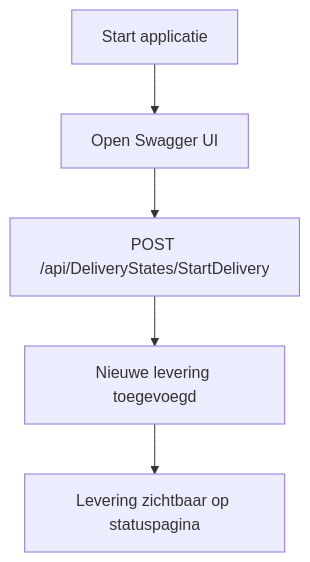
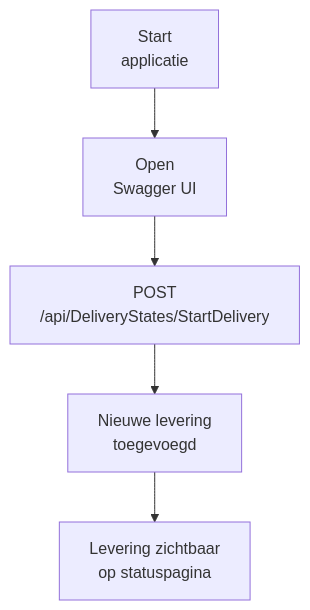
Before and after one commit to LeVints/DeliveryMinimalAPI: the diagram in README.md, drawn with Mermaid.

````diff
--- a/README.md
+++ b/README.md
@@ -69,7 +69,7 @@
 ```mermaid
 flowchart TD
-    A["Start applicatie"] --> B["Open Swagger UI"]
-    B --> C["POST /api/DeliveryStates/StartDelivery"]
-    C --> D["Nieuwe levering toegevoegd"]
-    D --> E["Levering zichtbaar op statuspagina"]
+    A["Start<br/>applicatie"] --> B["Open<br/>Swagger UI"]
+    B --> C["POST<br/>/api/DeliveryStates/StartDelivery"]
+    C --> D["Nieuwe levering<br/>toegevoegd"]
+    D --> E["Levering zichtbaar<br/>op statuspagina"]
 ```
````
